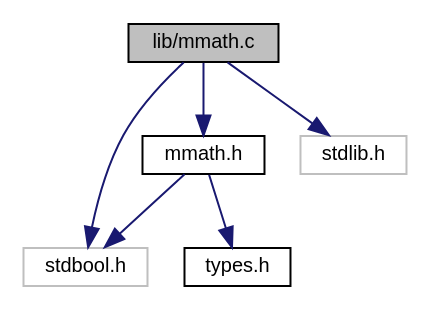
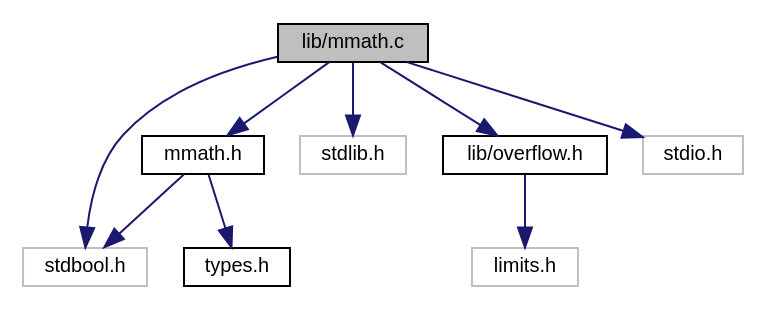
One commit to Angramme/toychain changed the diagram in docs/lib_2mmath_8c__incl.dot. Above: the diagram before and after it, drawn with Graphviz. The commit also changed 17 other files, not shown here.

```diff
--- a/docs/lib_2mmath_8c__incl.dot
+++ b/docs/lib_2mmath_8c__incl.dot
@@ -1,16 +1,22 @@
 digraph "lib/mmath.c"
 {
  // LATEX_PDF_SIZE
   edge [fontname="Helvetica",fontsize="10",labelfontname="Helvetica",labelfontsize="10"];
   node [fontname="Helvetica",fontsize="10",shape=record];
   Node1 [label="lib/mmath.c",height=0.2,width=0.4,color="black", fillcolor="grey75", style="filled", fontcolor="black",tooltip="a collection of math functions"];
   Node1 -> Node2 [color="midnightblue",fontsize="10",style="solid",fontname="Helvetica"];
   Node2 [label="mmath.h",height=0.2,width=0.4,color="black", fillcolor="white", style="filled",URL="$mmath_8h_source.html",tooltip=" "];
   Node2 -> Node3 [color="midnightblue",fontsize="10",style="solid",fontname="Helvetica"];
   Node3 [label="stdbool.h",height=0.2,width=0.4,color="grey75", fillcolor="white", style="filled",tooltip=" "];
   Node2 -> Node4 [color="midnightblue",fontsize="10",style="solid",fontname="Helvetica"];
   Node4 [label="types.h",height=0.2,width=0.4,color="black", fillcolor="white", style="filled",URL="$types_8h_source.html",tooltip=" "];
   Node1 -> Node5 [color="midnightblue",fontsize="10",style="solid",fontname="Helvetica"];
   Node5 [label="stdlib.h",height=0.2,width=0.4,color="grey75", fillcolor="white", style="filled",tooltip=" "];
   Node1 -> Node3 [color="midnightblue",fontsize="10",style="solid",fontname="Helvetica"];
+  Node1 -> Node6 [color="midnightblue",fontsize="10",style="solid",fontname="Helvetica"];
+  Node6 [label="lib/overflow.h",height=0.2,width=0.4,color="black", fillcolor="white", style="filled",URL="$overflow_8h_source.html",tooltip=" "];
+  Node6 -> Node7 [color="midnightblue",fontsize="10",style="solid",fontname="Helvetica"];
+  Node7 [label="limits.h",height=0.2,width=0.4,color="grey75", fillcolor="white", style="filled",tooltip=" "];
+  Node1 -> Node8 [color="midnightblue",fontsize="10",style="solid",fontname="Helvetica"];
+  Node8 [label="stdio.h",height=0.2,width=0.4,color="grey75", fillcolor="white", style="filled",tooltip=" "];
 }
```
